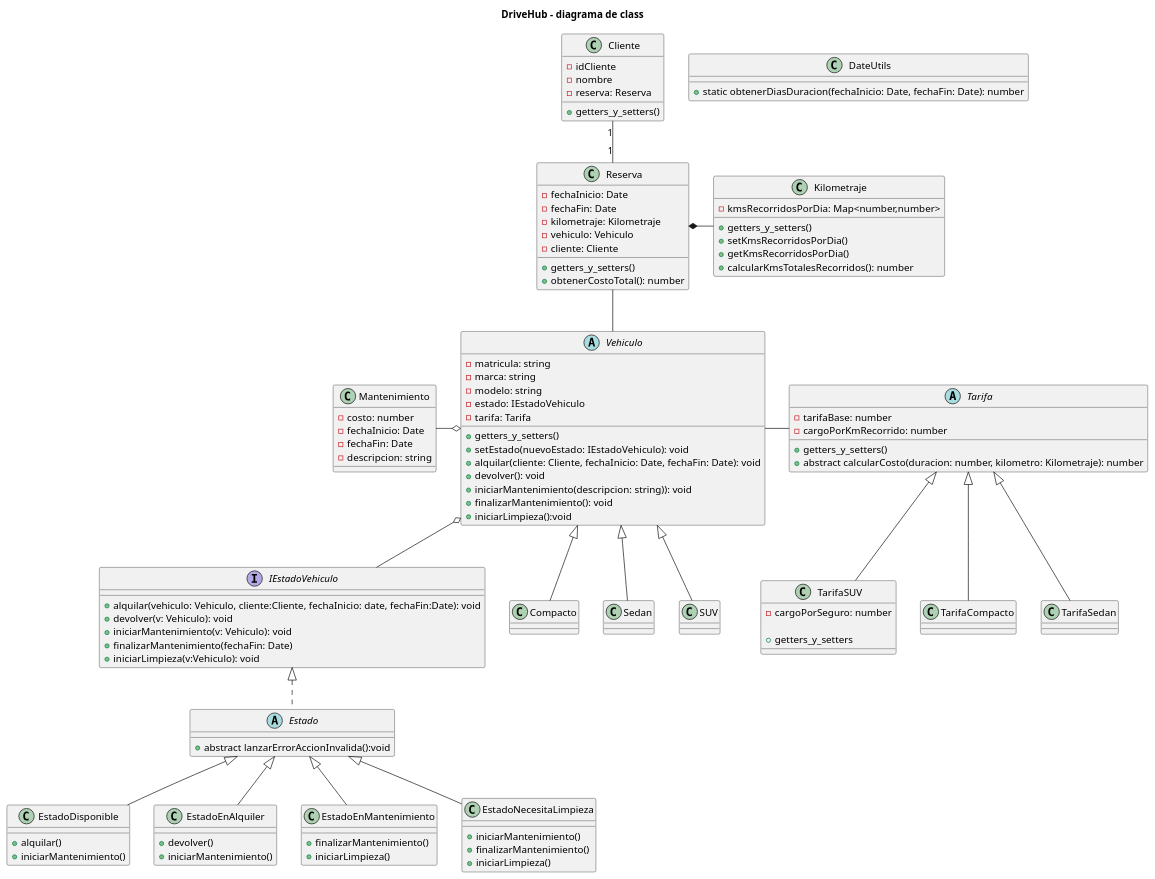
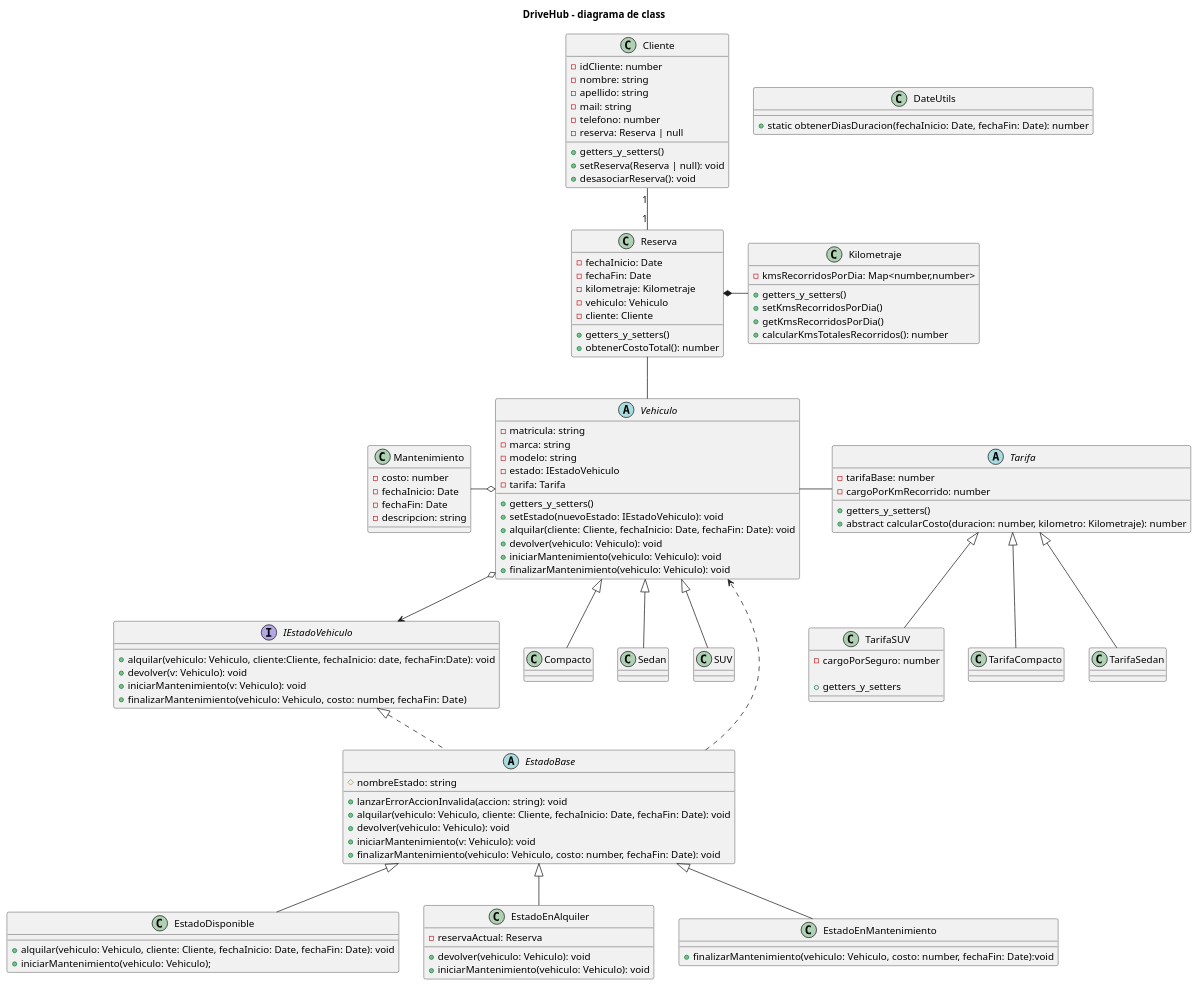
Before and after one commit to begueagustinhernan/tp-prog2-pruebas: the diagram in diagramas/clases.puml, drawn with PlantUML. The commit also changed 4 other files, not shown here.

Commit message:
implementacion Patron State: Se añade IEstadoVehiculo y EstadoBase

```diff
--- a/diagramas/clases.puml
+++ b/diagramas/clases.puml
@@ -1,132 +1,133 @@
-@startuml
+@startuml DriveHub
 
 title DriveHub - diagrama de class
 
 abstract class Vehiculo {
     - matricula: string
     - marca: string
     - modelo: string
     - estado: IEstadoVehiculo
     ' - mantenimiento: Mantenimiento
     - tarifa: Tarifa
 
     + getters_y_setters()
     + setEstado(nuevoEstado: IEstadoVehiculo): void
     + alquilar(cliente: Cliente, fechaInicio: Date, fechaFin: Date): void
-    + devolver(): void
-    + iniciarMantenimiento(descripcion: string)): void
-    + finalizarMantenimiento(): void
-    + iniciarLimpieza():void
+    + devolver(vehiculo: Vehiculo): void
+    + iniciarMantenimiento(vehiculo: Vehiculo): void
+    + finalizarMantenimiento(vehiculo: Vehiculo): void
 
 }
 
 abstract class Tarifa{
     - tarifaBase: number
     - cargoPorKmRecorrido: number
     + getters_y_setters()
     + abstract calcularCosto(duracion: number, kilometro: Kilometraje): number
 }
 
 class TarifaSUV extends Tarifa {
     - cargoPorSeguro: number
 
     + getters_y_setters
 }
 
 
 class Cliente {
-    - idCliente
-    - nombre
-    - reserva: Reserva
+    - idCliente: number
+    - nombre: string
+    - apellido: string
+    - mail: string
+    - telefono: number
+    - reserva: Reserva | null
     + getters_y_setters()
+    + setReserva(Reserva | null): void
+    + desasociarReserva(): void
 }
 
 class Kilometraje{
     -kmsRecorridosPorDia: Map<number,number>
 
     + getters_y_setters()
     + setKmsRecorridosPorDia()
     + getKmsRecorridosPorDia()
     + calcularKmsTotalesRecorridos(): number
 }
 
+' modificar segun parte2
 class Mantenimiento{
     - costo: number
     - fechaInicio: Date
     - fechaFin: Date
     - descripcion: string
 }
 
 class Reserva{
     - fechaInicio: Date
     - fechaFin: Date
     - kilometraje: Kilometraje
     - vehiculo: Vehiculo
     - cliente: Cliente
     + getters_y_setters()
     + obtenerCostoTotal(): number
 }
 
 class DateUtils {
     + static obtenerDiasDuracion(fechaInicio: Date, fechaFin: Date): number
 }
 
-' Ver COMO IMPLEMENTAR
-' porque tiene que haber una clase para CADA estado, que implemente
-' y sobreescriba los metodos de la interfaz
+
 interface IEstadoVehiculo {
     + alquilar(vehiculo: Vehiculo, cliente:Cliente, fechaInicio: date, fechaFin:Date): void
     + devolver(v: Vehiculo): void
     + iniciarMantenimiento(v: Vehiculo): void
-    + finalizarMantenimiento(fechaFin: Date)
-    + iniciarLimpieza(v:Vehiculo): void
+    + finalizarMantenimiento(vehiculo: Vehiculo, costo: number, fechaFin: Date)
 }
 
-abstract class Estado implements IEstadoVehiculo{
-    + abstract lanzarErrorAccionInvalida():void
+abstract class EstadoBase implements IEstadoVehiculo {
+    # nombreEstado: string
+    + lanzarErrorAccionInvalida(accion: string): void
+    + alquilar(vehiculo: Vehiculo, cliente: Cliente, fechaInicio: Date, fechaFin: Date): void
+    + devolver(vehiculo: Vehiculo): void
+    + iniciarMantenimiento(v: Vehiculo): void
+    + finalizarMantenimiento(vehiculo: Vehiculo, costo: number, fechaFin: Date): void
 }
 
-class EstadoDisponible extends Estado {
-    + alquilar()
-    + iniciarMantenimiento()
+class EstadoDisponible extends EstadoBase  {
+    + alquilar(vehiculo: Vehiculo, cliente: Cliente, fechaInicio: Date, fechaFin: Date): void
+    + iniciarMantenimiento(vehiculo: Vehiculo);
 }
 
-class EstadoEnAlquiler extends Estado {
-    + devolver()
-    + iniciarMantenimiento()
+class EstadoEnAlquiler extends EstadoBase  {
+    - reservaActual: Reserva
+    + devolver(vehiculo: Vehiculo): void
+    + iniciarMantenimiento(vehiculo: Vehiculo): void
 }
 
-class EstadoEnMantenimiento extends Estado {
-    + finalizarMantenimiento()
-    + iniciarLimpieza()
+class EstadoEnMantenimiento extends EstadoBase  {
+    + finalizarMantenimiento(vehiculo: Vehiculo, costo: number, fechaFin: Date):void
 }
-
-class EstadoNecesitaLimpieza extends Estado {
-    + iniciarMantenimiento()
-    + finalizarMantenimiento()
-    + iniciarLimpieza()
-}
-
 
 
 ' Relaciones
 
 Vehiculo <|-d- Compacto
 Vehiculo <|-d- Sedan
 Vehiculo <|-d- SUV
 
 Tarifa <|-d- TarifaCompacto
 Tarifa <|-d- TarifaSedan
 
 Vehiculo -r- Tarifa
 Vehiculo o-l- Mantenimiento
-Vehiculo o-- IEstadoVehiculo
+Vehiculo o--> IEstadoVehiculo
 
 Reserva -- Vehiculo
 Reserva *-r- Kilometraje
 
 Cliente "1" -- "1" Reserva
-' bidireccional
+EstadoBase ..> Vehiculo
+
 
 
 @enduml
```
